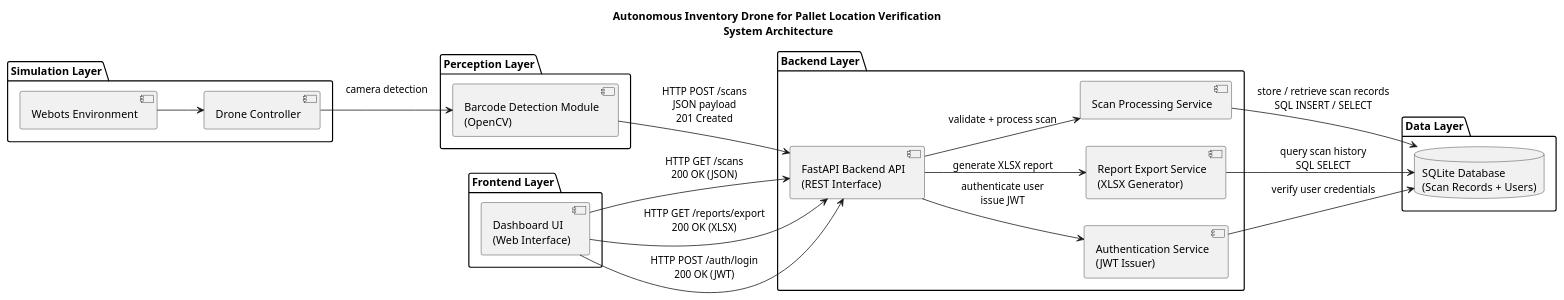
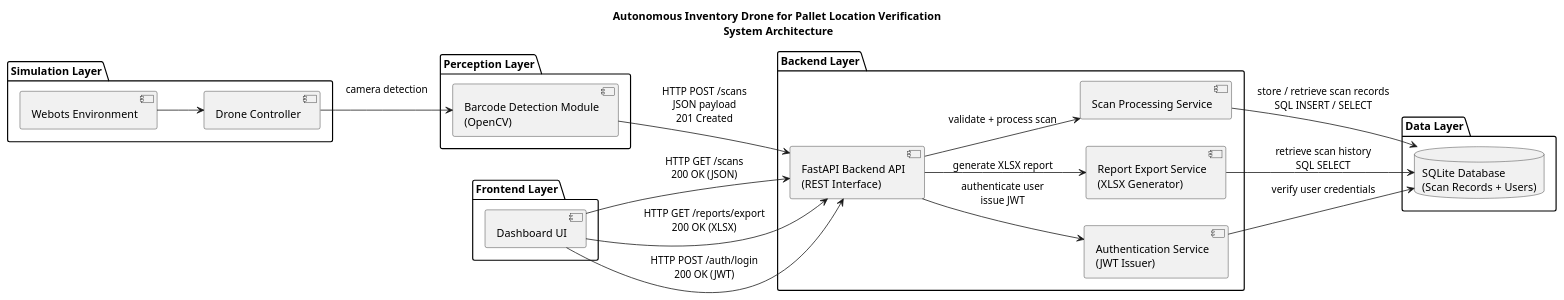
Before and after one commit to suchithgali/webots-sim: the diagram in docs/architecture/component_diagram.puml, drawn with PlantUML.

Commit message:
modified architecture diagram

```diff
--- a/docs/architecture/component_diagram.puml
+++ b/docs/architecture/component_diagram.puml
@@ -1,52 +1,47 @@
 @startuml
 left to right direction
 
 title Autonomous Inventory Drone for Pallet Location Verification\n System Architecture
 
 package "Simulation Layer" {
   component "Webots Environment" as Webots
   component "Drone Controller" as DroneController
 }
 
 package "Perception Layer" {
   component "Barcode Detection Module\n(OpenCV)" as BarcodeCV
 }
 
 package "Frontend Layer" {
-  component "Dashboard UI\n(Web Interface)" as Frontend
+  component "Dashboard UI" as Frontend
 }
 
 package "Backend Layer" {
   component "FastAPI Backend API\n(REST Interface)" as API
   component "Scan Processing Service" as ScanService
   component "Report Export Service\n(XLSX Generator)" as ExportService
   component "Authentication Service\n(JWT Issuer)" as AuthService
 }
 
 package "Data Layer" {
   database "SQLite Database\n(Scan Records + Users)" as DB
 }
 
-' Simulation layer
 Webots --> DroneController
 DroneController --> BarcodeCV : camera detection\n
 
-' Perception layer
 BarcodeCV --> API : HTTP POST /scans\nJSON payload\n201 Created
 
-' Frontend layer
 Frontend --> API : HTTP GET /scans\n200 OK (JSON)
 Frontend --> API : HTTP GET /reports/export\n200 OK (XLSX)
 Frontend --> API : HTTP POST /auth/login\n200 OK (JWT)
 
-' Backend layer
 API --> ScanService : validate + process scan
 API --> ExportService : generate XLSX report
 API --> AuthService : authenticate user\nissue JWT
 
-' Database layer
 ScanService --> DB : store / retrieve scan records\nSQL INSERT / SELECT
-ExportService --> DB : query scan history\nSQL SELECT
+ExportService --> DB : retrieve scan history\nSQL SELECT
 AuthService --> DB : verify user credentials
 
 @enduml
```
